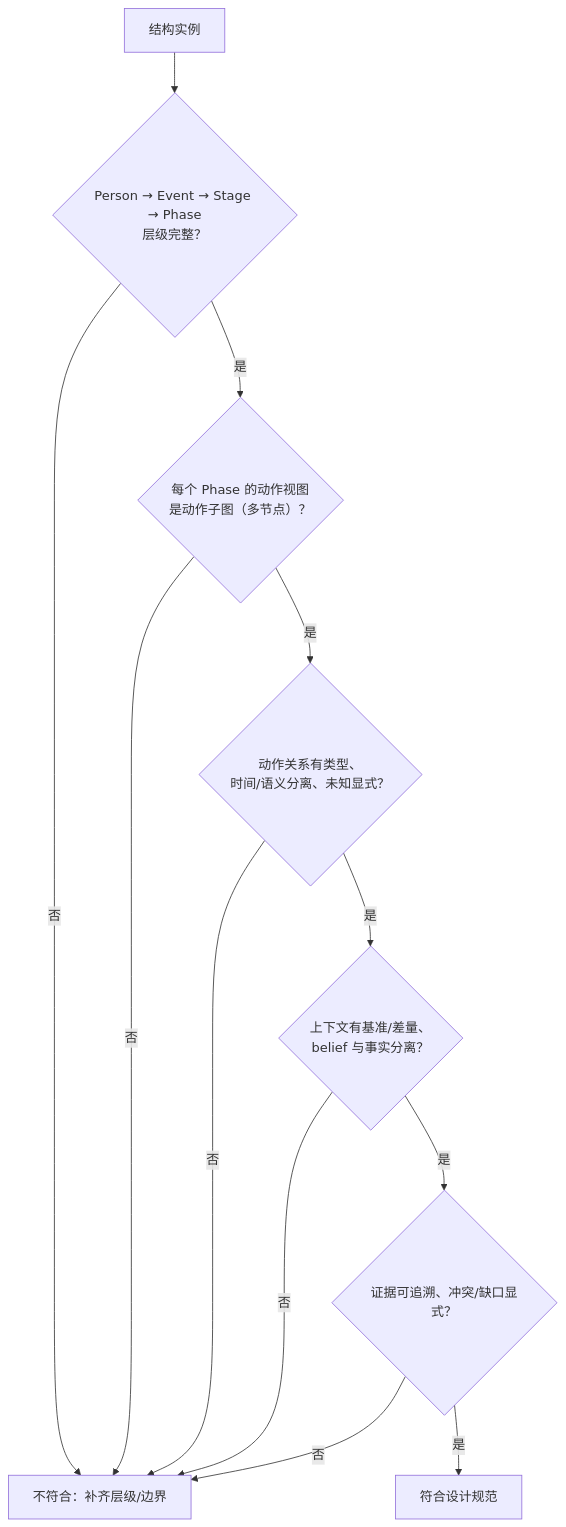
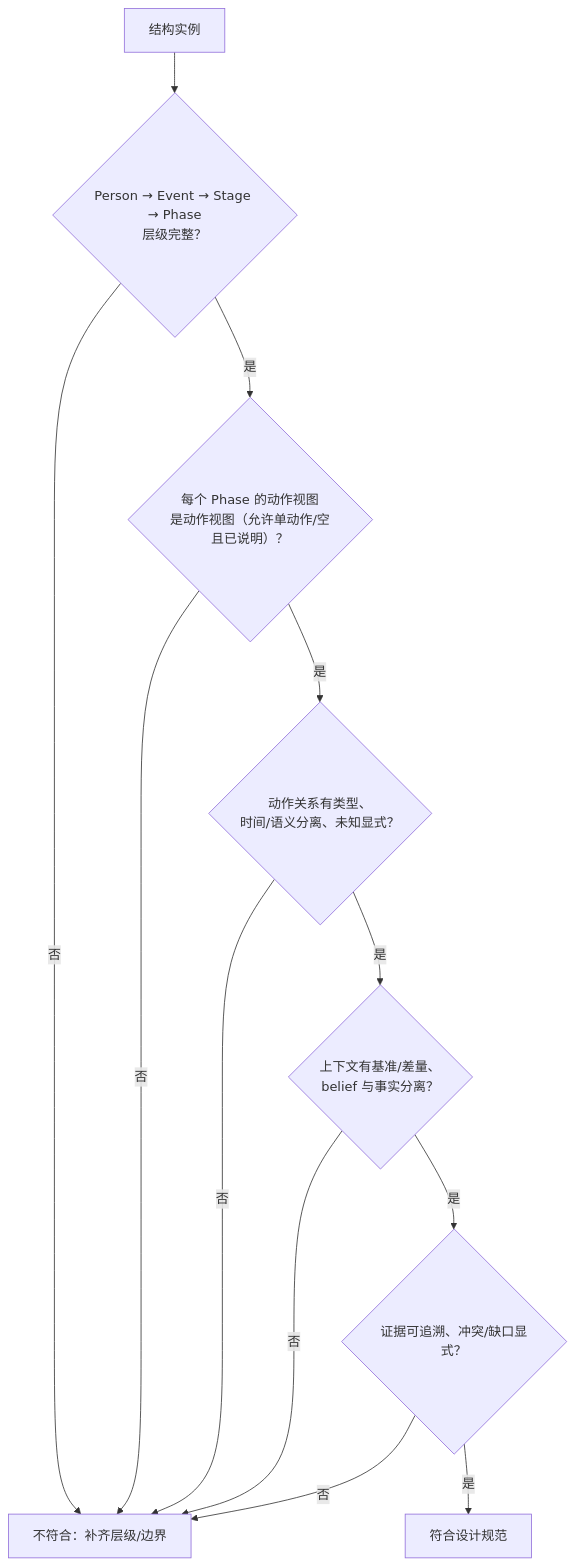
Before and after one commit to AgenticFinLab/FinMycelium: the diagram in docs/structures/7-specification.md, drawn with Mermaid. The commit also changed other lines of this file and 8 other files, not shown here.

````diff
--- a/docs/structures/7-specification.md
+++ b/docs/structures/7-specification.md
@@ -151,14 +159,14 @@
 ```mermaid
 flowchart TD
     X["结构实例"] --> Q1{"Person → Event → Stage → Phase<br/>层级完整？"}
     Q1 -- "否" --> FIX["不符合：补齐层级/边界"]
-    Q1 -- "是" --> Q2{"每个 Phase 的动作视图<br/>是动作子图（多节点）？"}
+    Q1 -- "是" --> Q2{"每个 Phase 的动作视图<br/>是动作视图（允许单动作/空且已说明）？"}
     Q2 -- "否" --> FIX
     Q2 -- "是" --> Q3{"动作关系有类型、<br/>时间/语义分离、未知显式？"}
     Q3 -- "否" --> FIX
     Q3 -- "是" --> Q4{"上下文有基准/差量、<br/>belief 与事实分离？"}
     Q4 -- "否" --> FIX
     Q4 -- "是" --> Q5{"证据可追溯、冲突/缺口显式？"}
     Q5 -- "否" --> FIX
     Q5 -- "是" --> OK["符合设计规范"]
 ```
````
